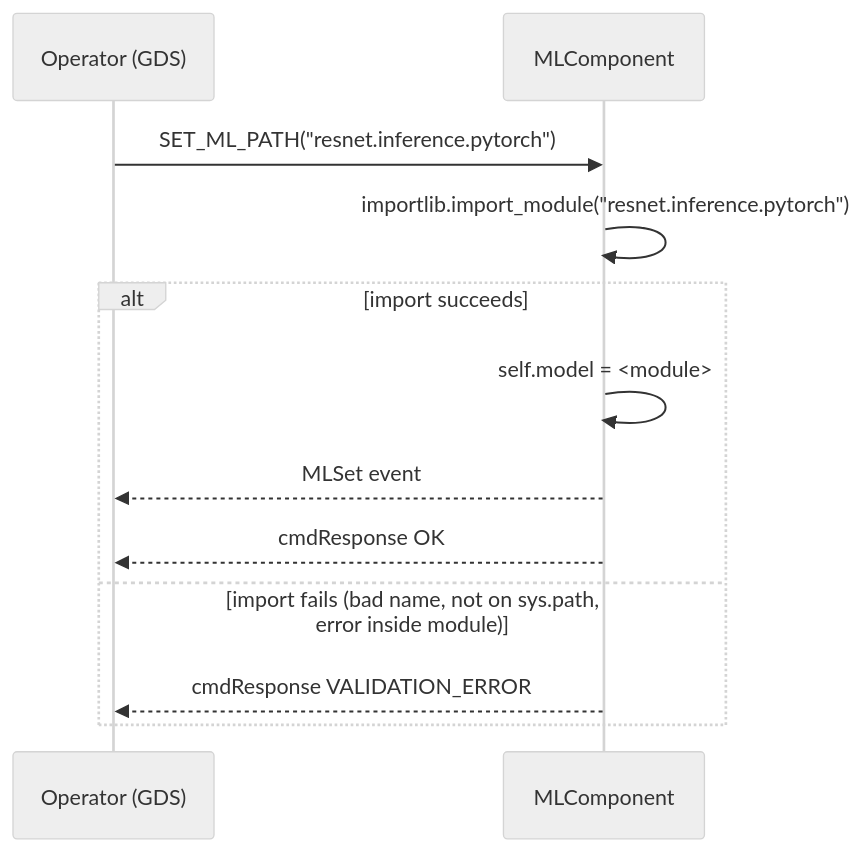
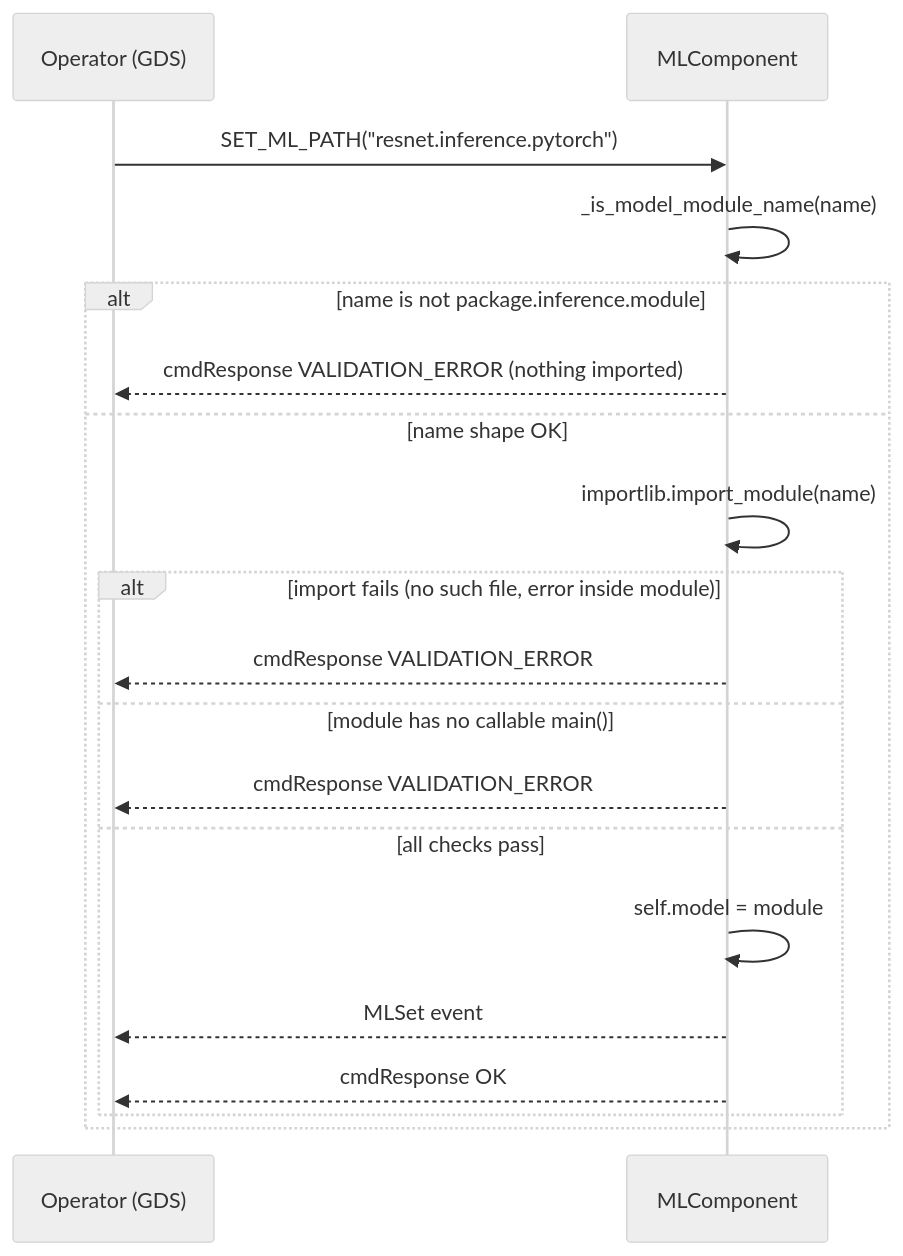
Before and after one commit to BroncoSpace-Lab/fprime-scales-ref: the third of 4 diagrams in Components/MLComponent/docs/sdd.md, drawn with Mermaid (neutral theme). The commit also changed other lines of this file and 2 other files, not shown here.

Commit message:
Docs: describe SET_ML_PATH name and main() checks

````diff
--- a/Components/MLComponent/docs/sdd.md
+++ b/Components/MLComponent/docs/sdd.md
@@ -361,15 +391,22 @@
 ```mermaid
 sequenceDiagram
     participant Op as Operator (GDS)
     participant MLC as MLComponent
 
     Op->>MLC: SET_ML_PATH("resnet.inference.pytorch")
-    MLC->>MLC: importlib.import_module("resnet.inference.pytorch")
-    alt import succeeds
-        MLC->>MLC: self.model = <module>
-        MLC-->>Op: MLSet event
-        MLC-->>Op: cmdResponse OK
-    else import fails (bad name, not on sys.path, error inside module)
-        MLC-->>Op: cmdResponse VALIDATION_ERROR
+    MLC->>MLC: _is_model_module_name(name)
+    alt name is not package.inference.module
+        MLC-->>Op: cmdResponse VALIDATION_ERROR (nothing imported)
+    else name shape OK
+        MLC->>MLC: importlib.import_module(name)
+        alt import fails (no such file, error inside module)
+            MLC-->>Op: cmdResponse VALIDATION_ERROR
+        else module has no callable main()
+            MLC-->>Op: cmdResponse VALIDATION_ERROR
+        else all checks pass
+            MLC->>MLC: self.model = module
+            MLC-->>Op: MLSet event
+            MLC-->>Op: cmdResponse OK
+        end
     end
 ```
````
